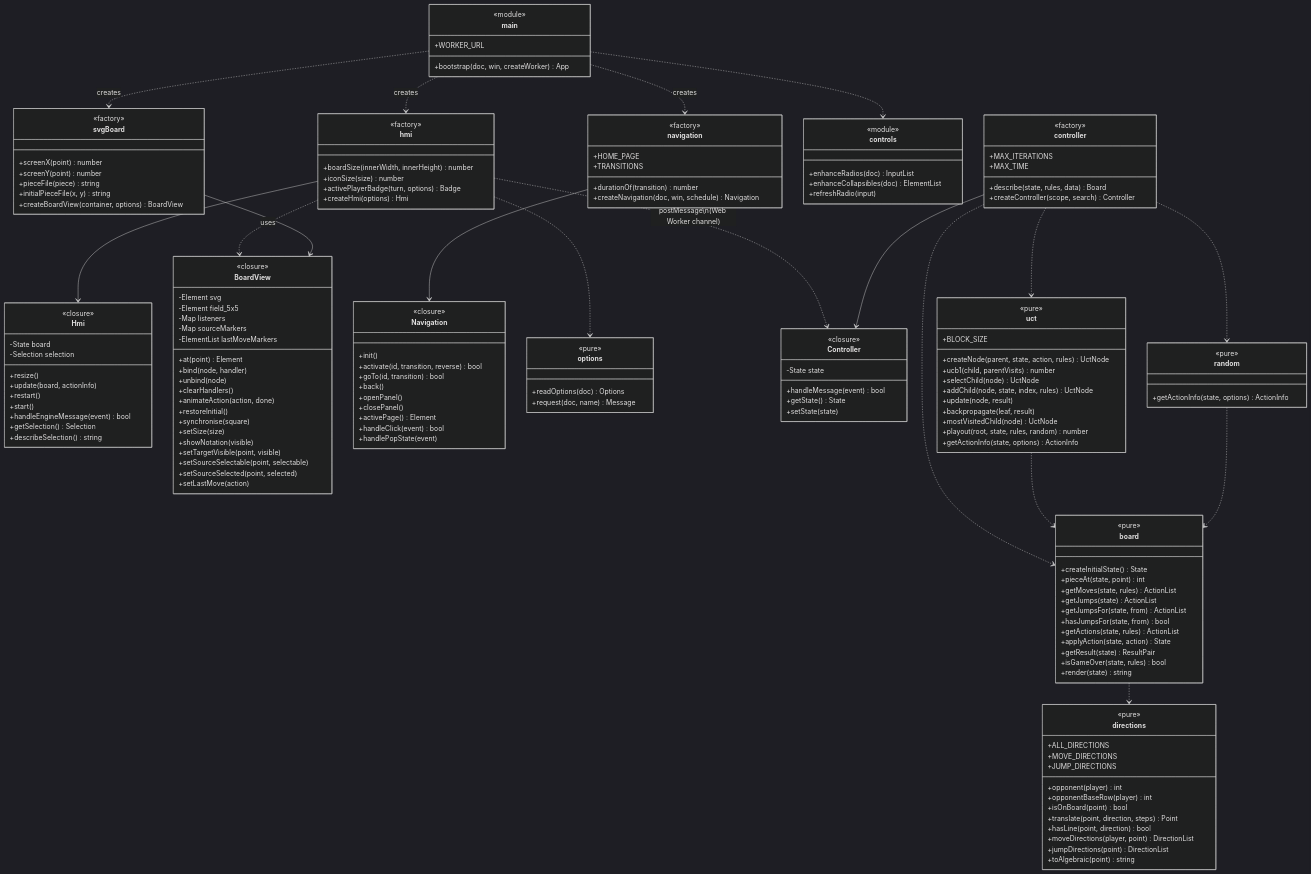
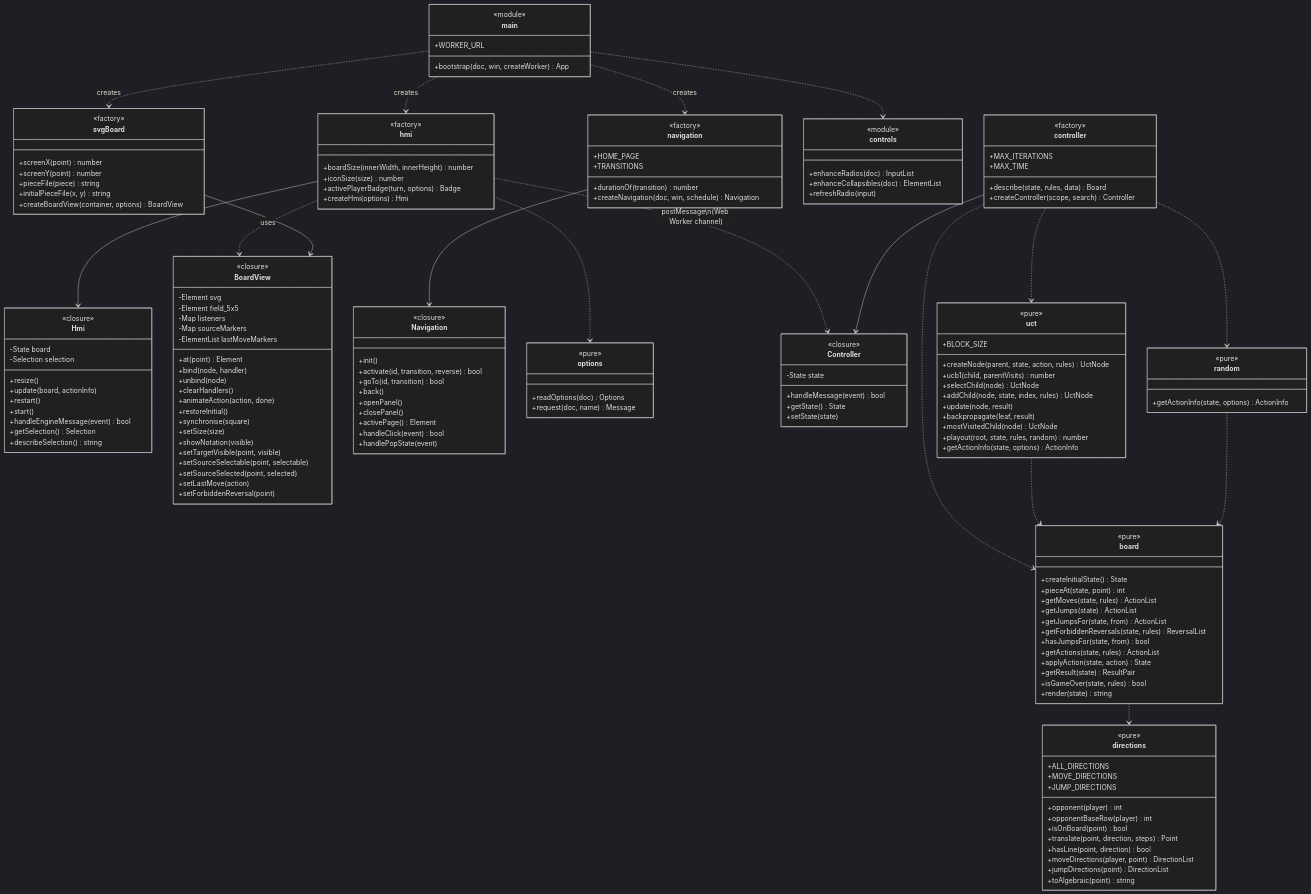
One commit to OMerkel/Alquerque changed the fourth of 20 diagrams in doc/software_architecture.md. Above: the diagram before and after it, drawn with Mermaid (dark theme). The commit also changed other lines of this file and 15 other files, not shown here.

```diff
--- a/doc/software_architecture.md
+++ b/doc/software_architecture.md
@@ -237,6 +237,7 @@
     +setSourceSelectable(point, selectable)
     +setSourceSelected(point, selected)
     +setLastMove(action)
+    +setForbiddenReversal(point)
   }
 
   class navigation {
@@ -296,6 +297,7 @@
     +getMoves(state, rules) ActionList
     +getJumps(state) ActionList
     +getJumpsFor(state, from) ActionList
+    +getForbiddenReversals(state, rules) ReversalList
     +hasJumpsFor(state, from) bool
     +getActions(state, rules) ActionList
     +applyAction(state, action) State
```
